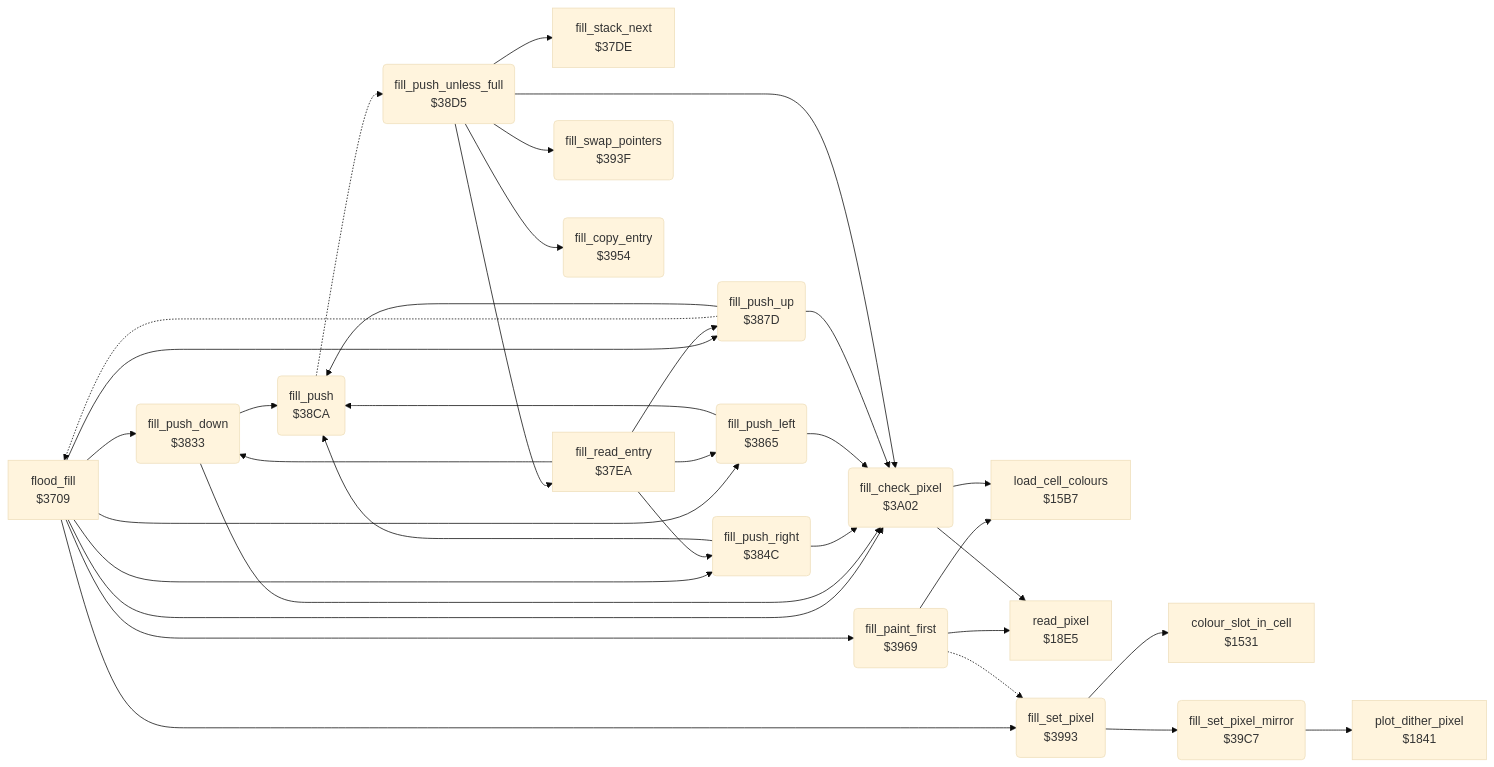
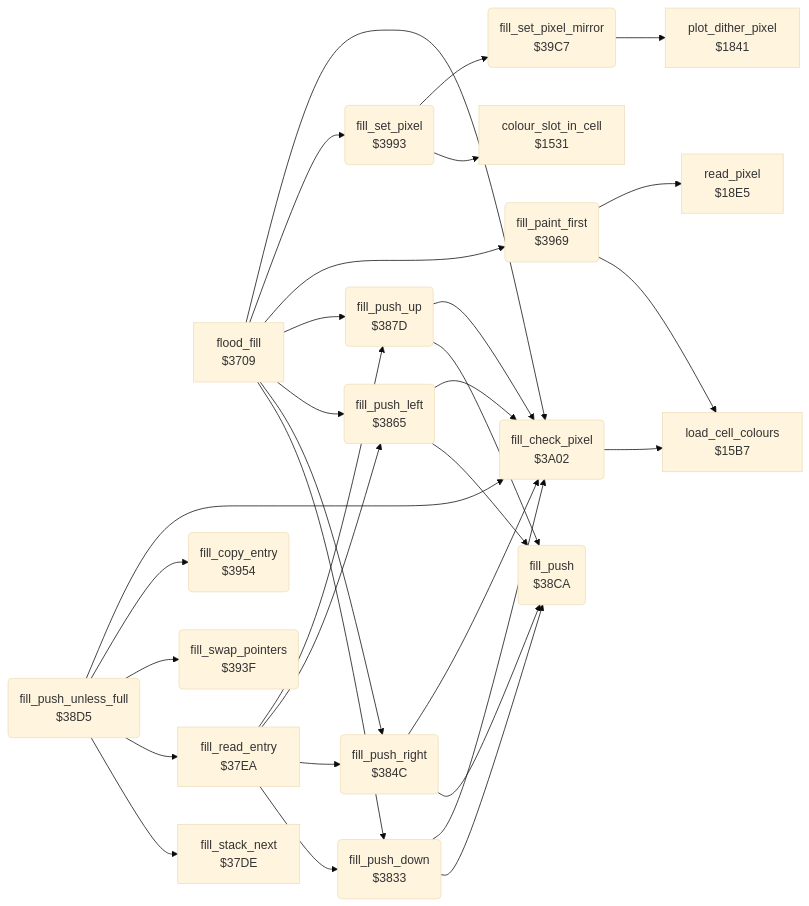
The diagram in koala_painter/v2/docs/reference/modules/tools/fill_3833.md (henols/c64_games), drawn with Mermaid (base theme) before and after one commit. The commit also changed other lines of this file and 1100 other files, not shown here.

````diff
--- a/koala_painter/v2/docs/reference/modules/tools/fill_3833.md
+++ b/koala_painter/v2/docs/reference/modules/tools/fill_3833.md
@@ -10,56 +30,52 @@
 ```mermaid
 flowchart LR
   n1531["colour_slot_in_cell<br/>$1531"]
   n15b7["load_cell_colours<br/>$15B7"]
   n1841["plot_dither_pixel<br/>$1841"]
   n18e5["read_pixel<br/>$18E5"]
   n3709["flood_fill<br/>$3709"]
   n37de["fill_stack_next<br/>$37DE"]
   n37ea["fill_read_entry<br/>$37EA"]
   n3833("fill_push_down<br/>$3833")
   n384c("fill_push_right<br/>$384C")
   n3865("fill_push_left<br/>$3865")
   n387d("fill_push_up<br/>$387D")
   n38ca("fill_push<br/>$38CA")
   n38d5("fill_push_unless_full<br/>$38D5")
   n393f("fill_swap_pointers<br/>$393F")
   n3954("fill_copy_entry<br/>$3954")
   n3969("fill_paint_first<br/>$3969")
   n3993("fill_set_pixel<br/>$3993")
   n39c7("fill_set_pixel_mirror<br/>$39C7")
   n3a02("fill_check_pixel<br/>$3A02")
   n3709 --> n3833
   n3709 --> n384c
   n3709 --> n3865
   n3709 --> n387d
   n3709 --> n3969
   n3709 --> n3993
   n3709 --> n3a02
   n37ea --> n3833
   n37ea --> n384c
   n37ea --> n3865
   n37ea --> n387d
   n3833 --> n38ca
   n3833 --> n3a02
   n384c --> n38ca
   n384c --> n3a02
   n3865 --> n38ca
   n3865 --> n3a02
-  n387d -.-> n3709
   n387d --> n38ca
   n387d --> n3a02
-  n38ca -.-> n38d5
   n38d5 --> n37de
   n38d5 --> n37ea
   n38d5 --> n393f
   n38d5 --> n3954
   n38d5 --> n3a02
   n3969 --> n15b7
   n3969 --> n18e5
-  n3969 -.-> n3993
   n3993 --> n1531
   n3993 --> n39c7
   n39c7 --> n1841
   n3a02 --> n15b7
-  n3a02 --> n18e5
 ```
````
